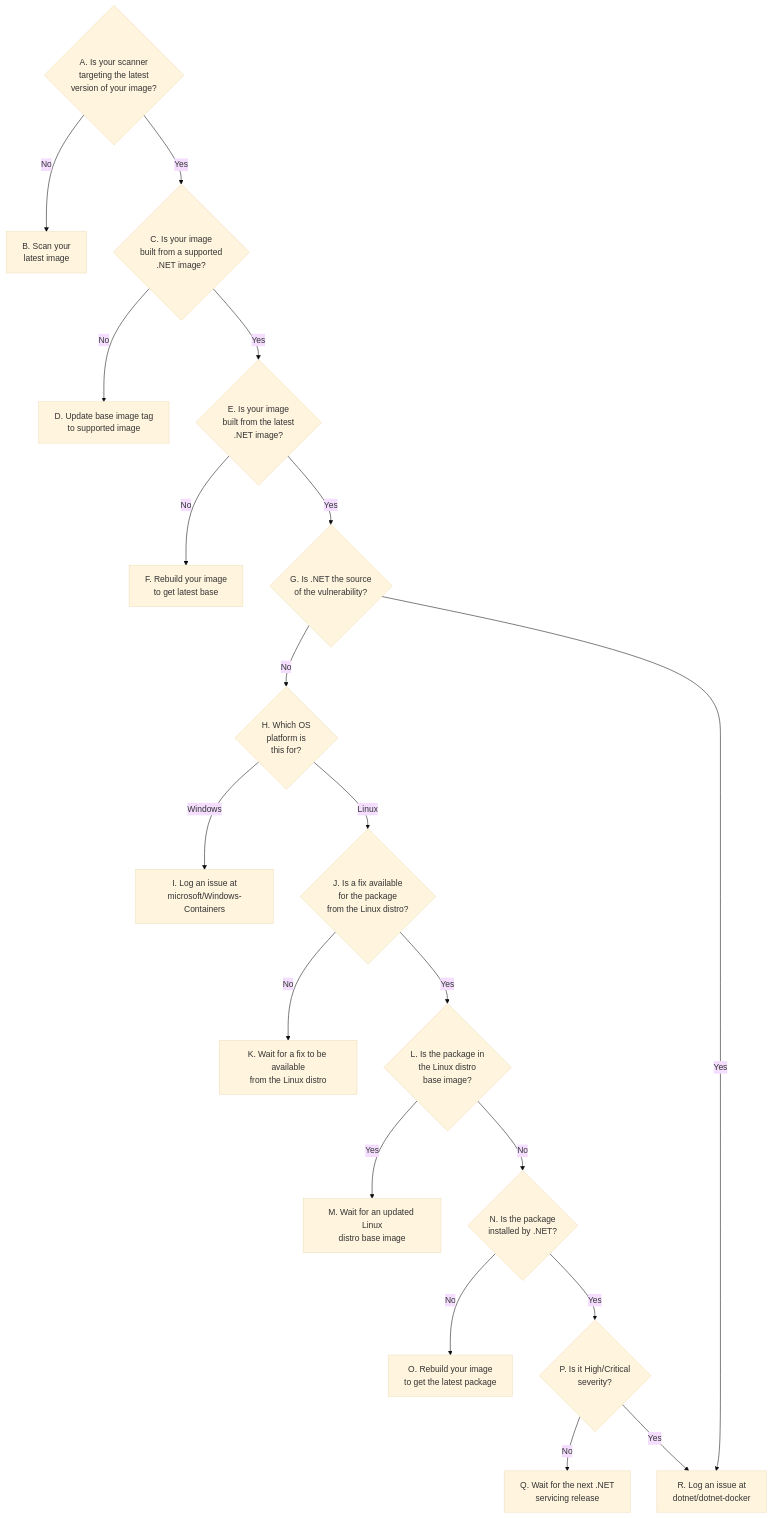
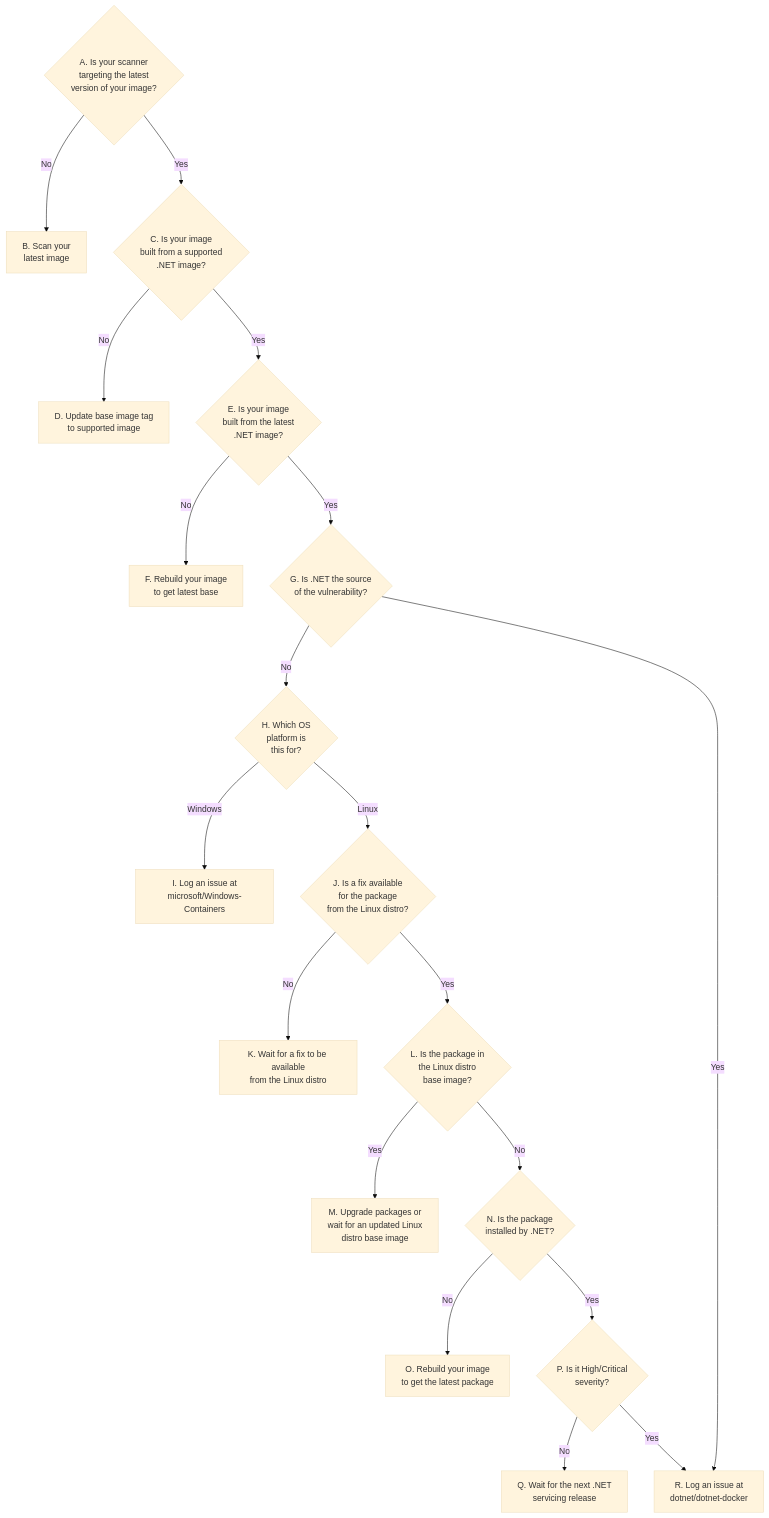
Before and after one commit to dotnet/dotnet-docker: the diagram in documentation/vulnerability-reporting.md, drawn with Mermaid (base theme). The commit also changed other lines of this file, not shown here.

Commit message:
Add guidance on upgrade

````diff
--- a/documentation/vulnerability-reporting.md
+++ b/documentation/vulnerability-reporting.md
@@ -18,40 +18,40 @@
 ```mermaid
 flowchart
     ScanningLatest{A. Is your scanner<br>targeting the latest<br>version of your image?} --> |No|RescanLatest[B. Scan your<br>latest image]
     ScanningLatest --> |Yes|BuiltOnSupportedBase{C. Is your image<br>built from a supported<br>.NET image?}
     BuiltOnSupportedBase --> |No|UpdateBaseImageTag[D. Update base image tag<br>to supported image]
     BuiltOnSupportedBase --> |Yes|BuiltOnLatestBase{E. Is your image<br>built from the latest<br>.NET image?}
     BuiltOnLatestBase --> |No|RebuildImageBase[F. Rebuild your image<br>to get latest base]
     BuiltOnLatestBase --> |Yes|IsDotnetVuln{G. Is .NET the source<br>of the vulnerability?}
     IsDotnetVuln --> |No|PlatformType{H. Which OS<br>platform is<br>this for?}
     IsDotnetVuln --> |Yes|LogDotnetDocker[R. Log an issue at<br>dotnet/dotnet-docker]
     PlatformType --> |Windows|WindowsVuln[I. Log an issue at<br>microsoft/Windows-Containers]
     PlatformType --> |Linux|LinuxFixAvailability{J. Is a fix available<br>for the package<br>from the Linux distro?}
     LinuxFixAvailability --> |No|WaitForFix[K. Wait for a fix to be available<br>from the Linux distro]
     LinuxFixAvailability --> |Yes|InLinuxBaseImage{L. Is the package in<br>the Linux distro<br>base image?}
-    InLinuxBaseImage --> |Yes|WaitForLinuxBaseUpdate[M. Wait for an updated Linux<br>distro base image]
+    InLinuxBaseImage --> |Yes|WaitForLinuxBaseUpdate[M. Upgrade packages or<br>wait for an updated Linux<br>distro base image]
     InLinuxBaseImage --> |No|InstalledByDotnet{N. Is the package<br>installed by .NET?}
     InstalledByDotnet --> |No|RebuildImagePackage[O. Rebuild your image<br>to get the latest package]
     InstalledByDotnet --> |Yes|HiSeverity{P. Is it High/Critical<br>severity?}
     HiSeverity --> |No|WaitForDotnetServicing[Q. Wait for the next .NET<br>servicing release]
     HiSeverity --> |Yes|LogDotnetDocker
     click ScanningLatest "https://github.com/dotnet/dotnet-docker/blob/main/documentation/vulnerability-reporting.md?a-is-your-scanner-targeting-the-latest-version-of-your-image"
     click RescanLatest "https://github.com/dotnet/dotnet-docker/blob/main/documentation/vulnerability-reporting.md?b-scan-your-latest-image"
     click BuiltOnSupportedBase "https://github.com/dotnet/dotnet-docker/blob/main/documentation/vulnerability-reporting.md?c-is-your-image-built-from-a-supported-net-tag"
     click UpdateBaseImageTag "https://github.com/dotnet/dotnet-docker/blob/main/documentation/vulnerability-reporting.md?d-update-base-image-tag-to-supported-image"
     click BuiltOnLatestBase "https://github.com/dotnet/dotnet-docker/blob/main/documentation/vulnerability-reporting.md?e-is-your-image-built-from-the-latest-net-image"
     click RebuildImageBase "https://github.com/dotnet/dotnet-docker/blob/main/documentation/vulnerability-reporting.md?f-rebuild-your-image-to-get-latest-base"
     click IsDotnetVuln "https://github.com/dotnet/dotnet-docker/blob/main/documentation/vulnerability-reporting.md?g-is-net-the-source-of-the-vulnerability"
     click PlatformType "https://github.com/dotnet/dotnet-docker/blob/main/documentation/vulnerability-reporting.md?h-which-os-platform-is-this-for"
     click LinuxFixAvailability "https://github.com/dotnet/dotnet-docker/blob/main/documentation/vulnerability-reporting.md?j-is-a-fix-available-for-the-package-from-the-linux-distro"
     click WaitForFix "https://github.com/dotnet/dotnet-docker/blob/main/documentation/vulnerability-reporting.md?k-wait-for-a-fix-to-be-available-from-the-linux-distro"
     click InLinuxBaseImage "https://github.com/dotnet/dotnet-docker/blob/main/documentation/vulnerability-reporting.md?l-is-the-package-in-the-linux-distro-base-image"
-    click WaitForLinuxBaseUpdate "https://github.com/dotnet/dotnet-docker/blob/main/documentation/vulnerability-reporting.md?m-wait-for-an-updated-linux-distro-base-image"
+    click WaitForLinuxBaseUpdate "https://github.com/dotnet/dotnet-docker/blob/main/documentation/vulnerability-reporting.md?m-upgrade-packages-or-wait-for-an-updated-linux-distro-base-image"
     click InstalledByDotnet "https://github.com/dotnet/dotnet-docker/blob/main/documentation/vulnerability-reporting.md?n-is-the-package-installed-by-net"
     click HiSeverity "https://github.com/dotnet/dotnet-docker/blob/main/documentation/vulnerability-reporting.md?p-is-it-highcritical-severity"
     click RebuildImagePackage "https://github.com/dotnet/dotnet-docker/blob/main/documentation/vulnerability-reporting.md?o-rebuild-your-image-to-get-the-latest-package"
     click WindowsVulnSource "https://github.com/dotnet/dotnet-docker/blob/main/documentation/vulnerability-reporting.md?o-what-is-the-source-of-the-vulnerability"
     click WaitForDotnetServicing "https://github.com/dotnet/dotnet-docker/blob/main/documentation/vulnerability-reporting.md?q-wait-for-the-next-net-servicing-release"
     click LogDotnetDocker "https://github.com/dotnet/dotnet-docker/blob/main/documentation/vulnerability-reporting.md?r-log-an-issue-at-dotnetdotnet-docker"
     click WindowsVuln "https://github.com/dotnet/dotnet-docker/blob/main/documentation/vulnerability-reporting.md?i-log-an-issue-at-microsoftwindows-containers"
 ```
````
